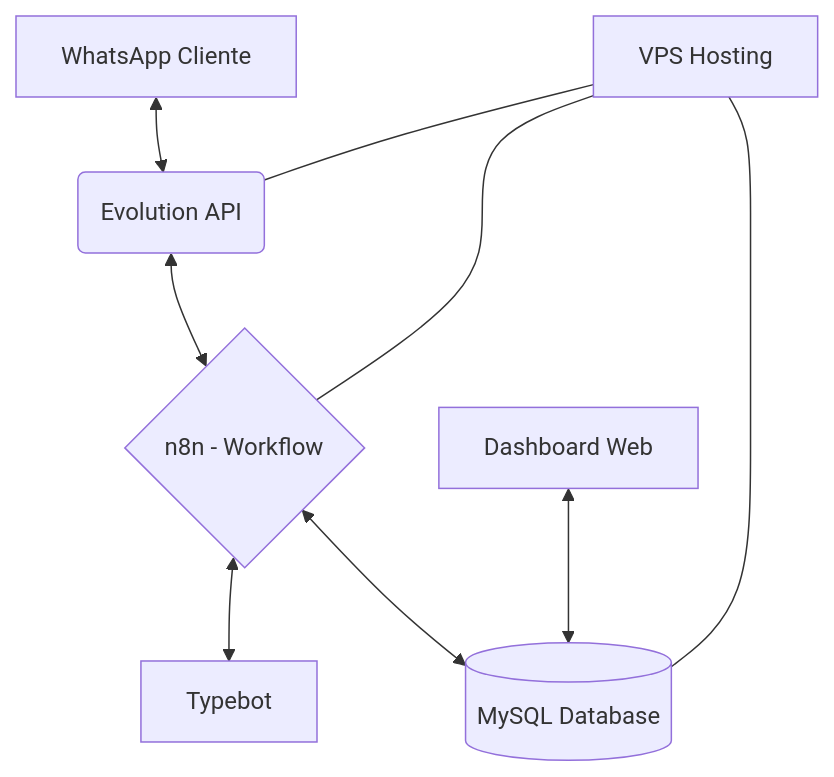
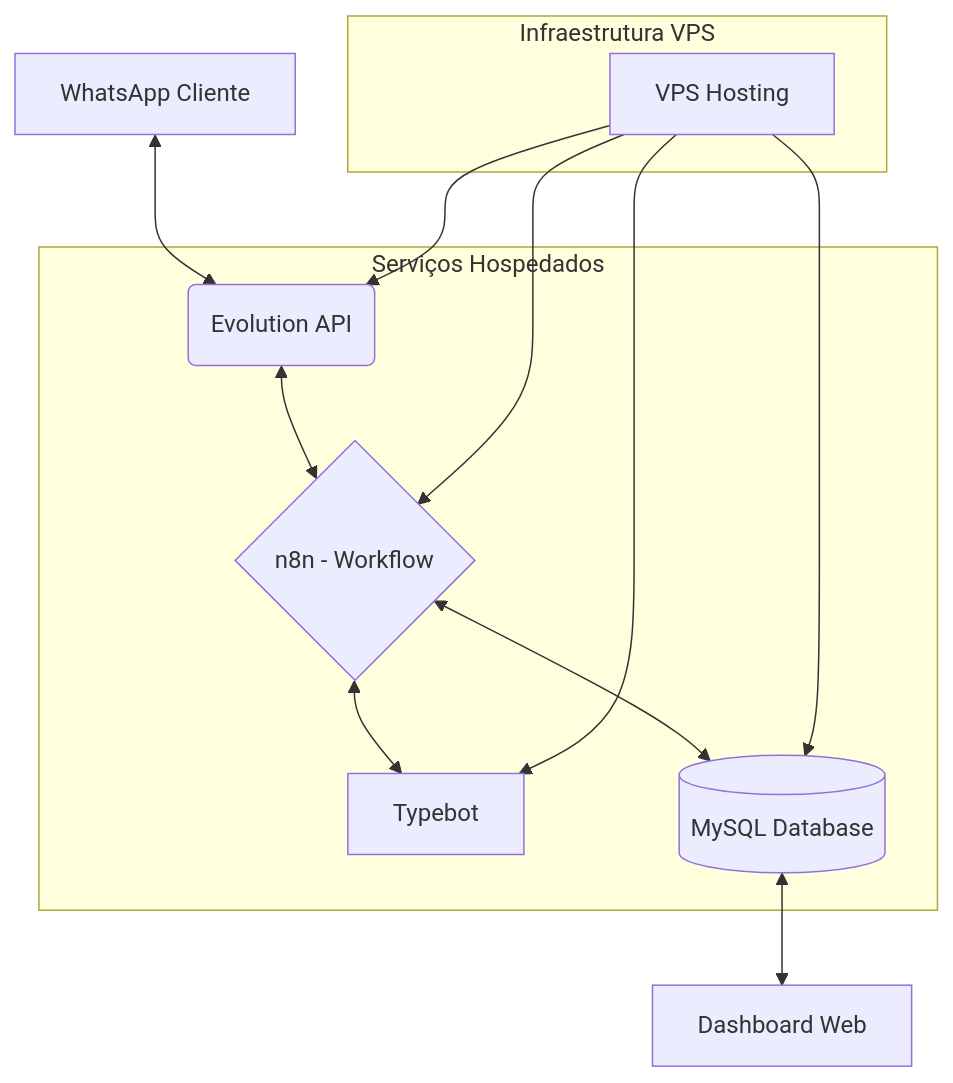
Before and after one commit to GaFranc0/LogikaBots-Barbearia: the diagram in README.md, drawn with Mermaid.

````diff
--- a/README.md
+++ b/README.md
@@ -41,11 +41,25 @@
 ```mermaid
 graph TD
-  A[WhatsApp Cliente] <--> B(Evolution API)
-  B <--> C{n8n - Workflow}
-  C <--> D[Typebot]
-  C <--> E[(MySQL Database)]
-  F[Dashboard Web] <--> E
-  G[VPS Hosting] --- B
-  G --- C
-  G --- E
+    subgraph "Infraestrutura VPS"
+        G[VPS Hosting]
+    end
+    
+    subgraph "Serviços Hospedados"
+        B(Evolution API)
+        C{n8n - Workflow}
+        D[Typebot]
+        E[(MySQL Database)]
+    end
+    
+    A[WhatsApp Cliente] <--> B
+    B <--> C
+    C <--> D
+    C <--> E
+    E <--> F[Dashboard Web]
+    
+    %% Conexões da VPS
+    G --> B
+    G --> C
+    G --> D
+    G --> E
 ```
````
